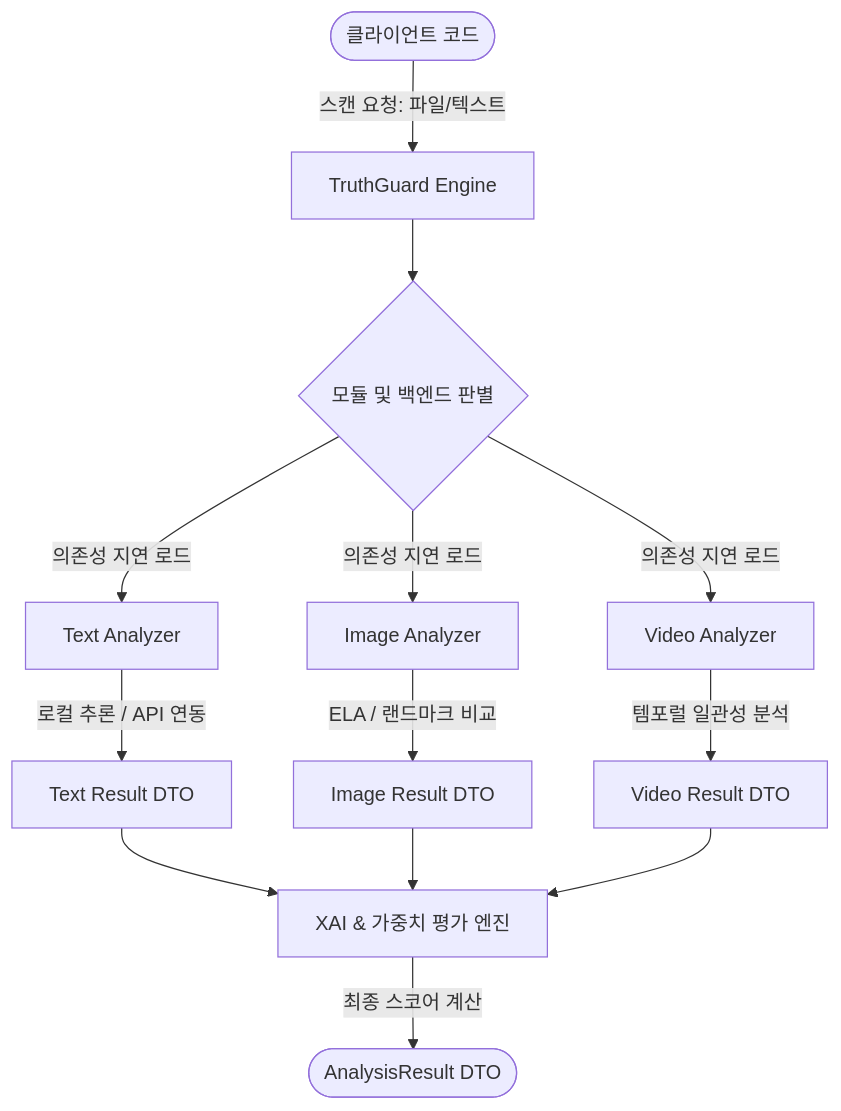
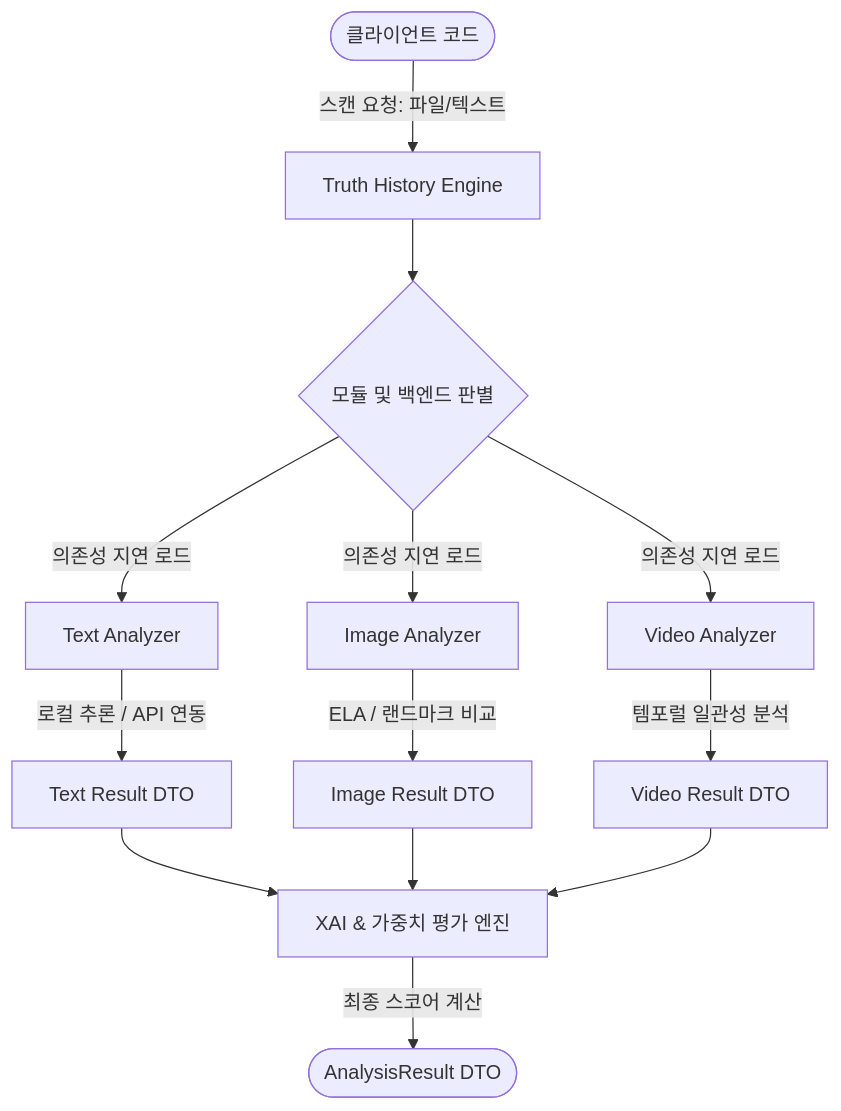
The diagram in docs/architecture.md (kimneche0419-rgb/TURTH_GUARD), drawn with Mermaid before and after one commit. The commit also changed other lines of this file and 71 other files, not shown here.

First line of the commit message:
feat: TruthGuard -> Truth History SDK rebrand + LLM hallucination Chrome extension

````diff
--- a/docs/architecture.md
+++ b/docs/architecture.md
@@ -11,16 +11,16 @@
 ```mermaid
 graph TD
-    User([클라이언트 코드]) -->|스캔 요청: 파일/텍스트| TG[TruthGuard Engine]
+    User([클라이언트 코드]) -->|스캔 요청: 파일/텍스트| TG[Truth History Engine]
     TG --> Loader{모듈 및 백엔드 판별}
     
     Loader -->|의존성 지연 로드| TA[Text Analyzer]
     Loader -->|의존성 지연 로드| IA[Image Analyzer]
     Loader -->|의존성 지연 로드| VA[Video Analyzer]
     
     TA -->|로컬 추론 / API 연동| TResult[Text Result DTO]
     IA -->|ELA / 랜드마크 비교| IResult[Image Result DTO]
     VA -->|템포럴 일관성 분석| VResult[Video Result DTO]
     
     TResult & IResult & VResult --> Evaluator[XAI & 가중치 평가 엔진]
     Evaluator -->|최종 스코어 계산| FinalResult([AnalysisResult DTO])
 ```
````
